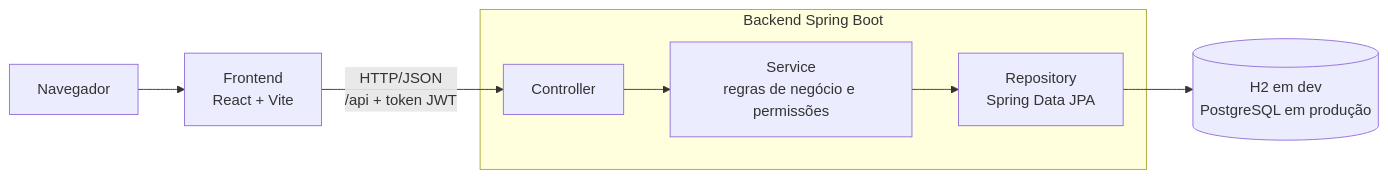
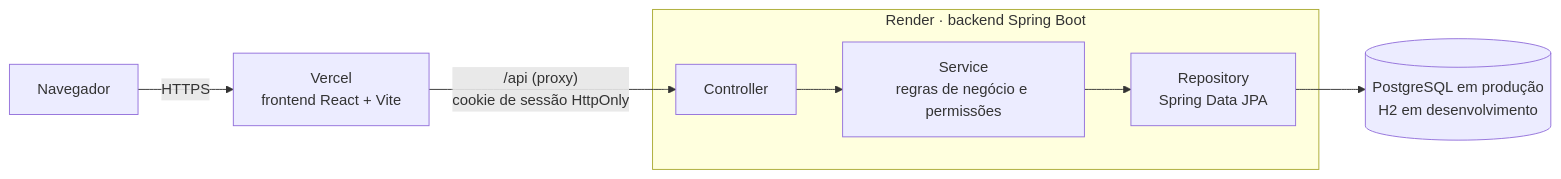
Before and after one commit to MarcusMikael/sistema-planilhas: the second of 2 diagrams in README.md, drawn with Mermaid. The commit also changed other lines of this file and 4 other files, not shown here.

````diff
--- a/README.md
+++ b/README.md
@@ -78,10 +240,10 @@
 ```mermaid
 flowchart LR
-    U[Navegador] --> F[Frontend<br/>React + Vite]
-    F -- "HTTP/JSON<br/>/api + token JWT" --> C[Controller]
-    subgraph Backend Spring Boot
-      C --> S[Service<br/>regras de negócio e permissões]
-      S --> R[Repository<br/>Spring Data JPA]
+    U[Navegador] -- HTTPS --> V[Vercel<br/>frontend React + Vite]
+    V -- "/api (proxy)<br/>cookie de sessão HttpOnly" --> C
+    subgraph R [Render · backend Spring Boot]
+      C[Controller] --> S[Service<br/>regras de negócio e permissões]
+      S --> Rp[Repository<br/>Spring Data JPA]
     end
-    R --> DB[(H2 em dev<br/>PostgreSQL em produção)]
+    Rp --> DB[(PostgreSQL em produção<br/>H2 em desenvolvimento)]
 ```
````
